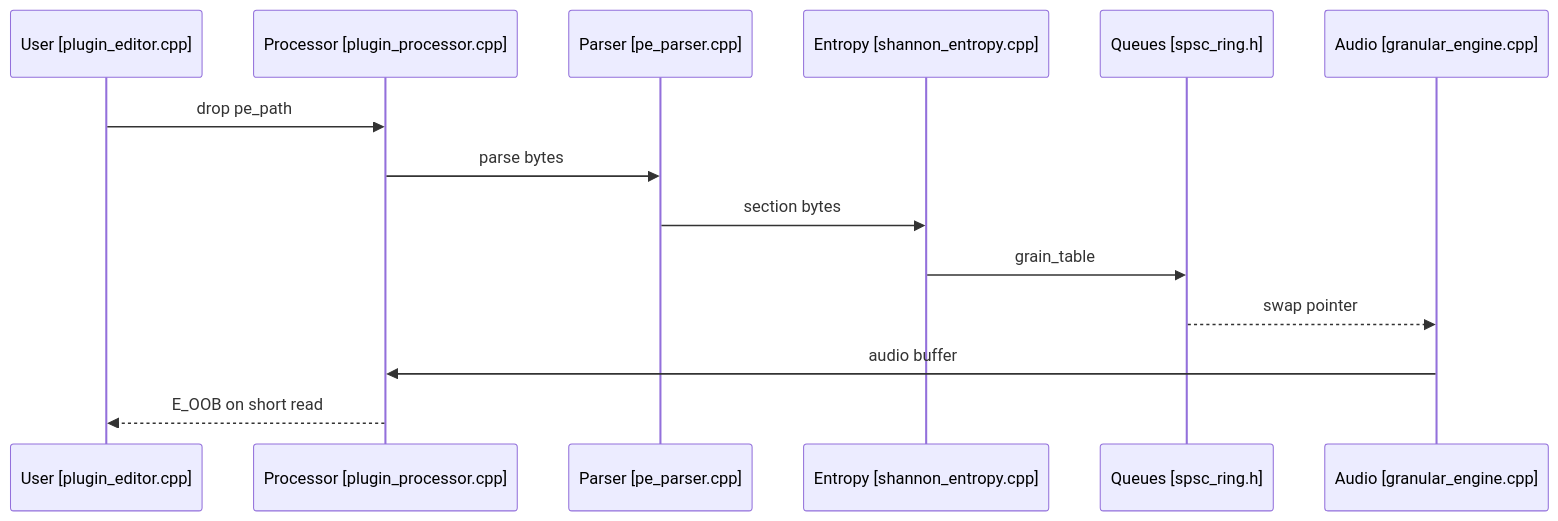
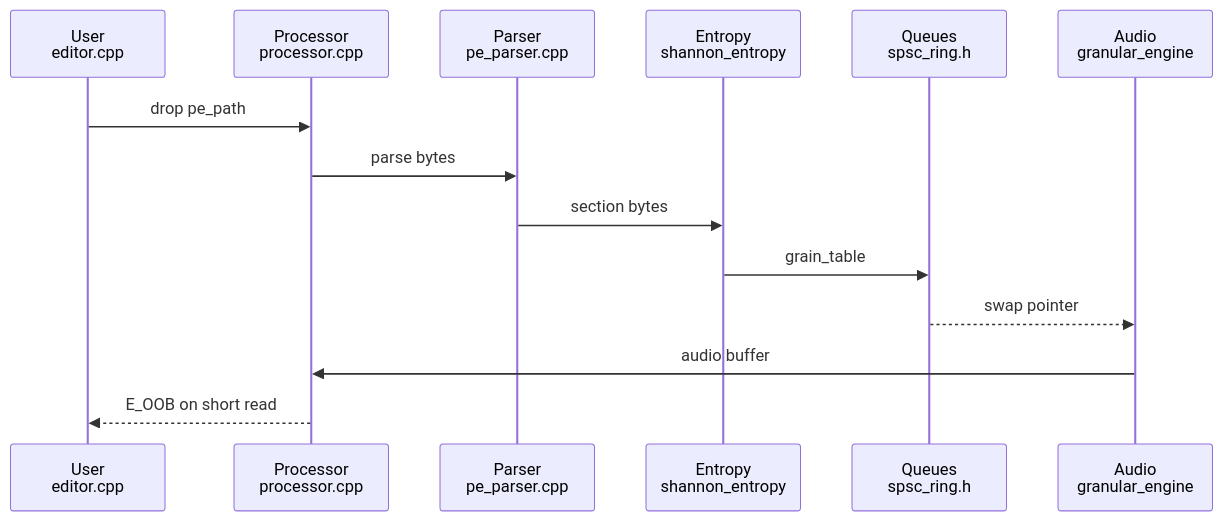
Before and after one commit to 9matesu/Catlas: the diagram in examples/opcoda-pe-pipeline/diagrams/sequence-hot-path.mmd, drawn with Mermaid. The commit also changed 4 other files, not shown here.

Commit message:
Catlas: two-line sequence participants, lint covers participant overflow

```diff
--- a/examples/opcoda-pe-pipeline/diagrams/sequence-hot-path.mmd
+++ b/examples/opcoda-pe-pipeline/diagrams/sequence-hot-path.mmd
@@ -1,14 +1,14 @@
 sequenceDiagram
-  participant U as User [plugin_editor.cpp]
-  participant P as Processor [plugin_processor.cpp]
-  participant R as Parser [pe_parser.cpp]
-  participant E as Entropy [shannon_entropy.cpp]
-  participant Q as Queues [spsc_ring.h]
-  participant A as Audio [granular_engine.cpp]
+  participant U as User<br/>editor.cpp
+  participant P as Processor<br/>processor.cpp
+  participant R as Parser<br/>pe_parser.cpp
+  participant E as Entropy<br/>shannon_entropy
+  participant Q as Queues<br/>spsc_ring.h
+  participant A as Audio<br/>granular_engine
   U->>P: drop pe_path
   P->>R: parse bytes
   R->>E: section bytes
   E->>Q: grain_table
   Q-->>A: swap pointer
   A->>P: audio buffer
   P-->>U: E_OOB on short read
```
